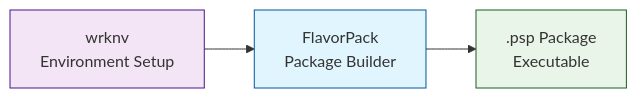
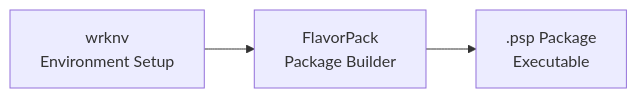
One commit to provide-io/flavorpack changed the diagram in docs/guide/integration/wrknv.md. Above: the diagram before and after it, drawn with Mermaid. The commit also changed other lines of this file and 62 other files, not shown here.

````diff
--- a/docs/guide/integration/wrknv.md
+++ b/docs/guide/integration/wrknv.md
@@ -14,13 +9,5 @@
 ```mermaid
 graph LR
     WE[wrknv<br/>Environment Setup] --> FP[FlavorPack<br/>Package Builder]
     FP --> PKG[.psp Package<br/>Executable]
-
-    classDef wrknv fill:#f3e5f5,stroke:#4a148c
-    classDef flavor fill:#e1f5fe,stroke:#01579b
-    classDef output fill:#e8f5e8,stroke:#1b5e20
-
-    class WE wrknv
-    class FP flavor
-    class PKG output
 ```
````
